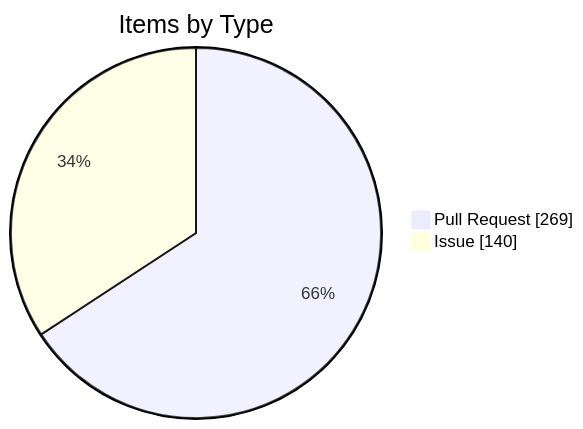
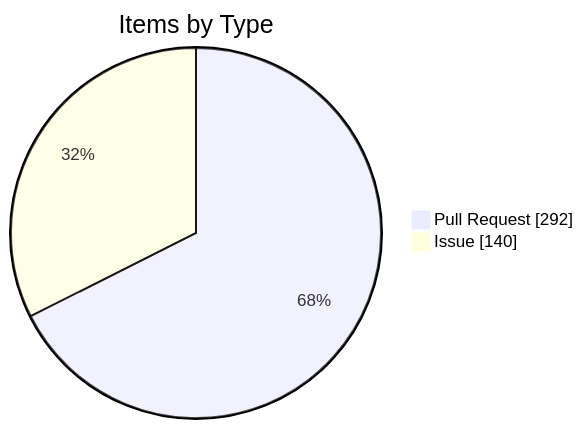
The fourth of 4 diagrams in apps/kbve/astro-kbve/src/content/docs/dashboard/kanban-data.mdx (KBVE/kbve), drawn with Mermaid before and after one commit. The commit also changed other lines of this file and 2 other files, not shown here.

````diff
--- a/apps/kbve/astro-kbve/src/content/docs/dashboard/kanban-data.mdx
+++ b/apps/kbve/astro-kbve/src/content/docs/dashboard/kanban-data.mdx
@@ -246,6 +246,6 @@
 ```mermaid
 pie showData
     title Items by Type
-    "Pull Request" : 269
+    "Pull Request" : 292
     "Issue" : 140
 ```
````
